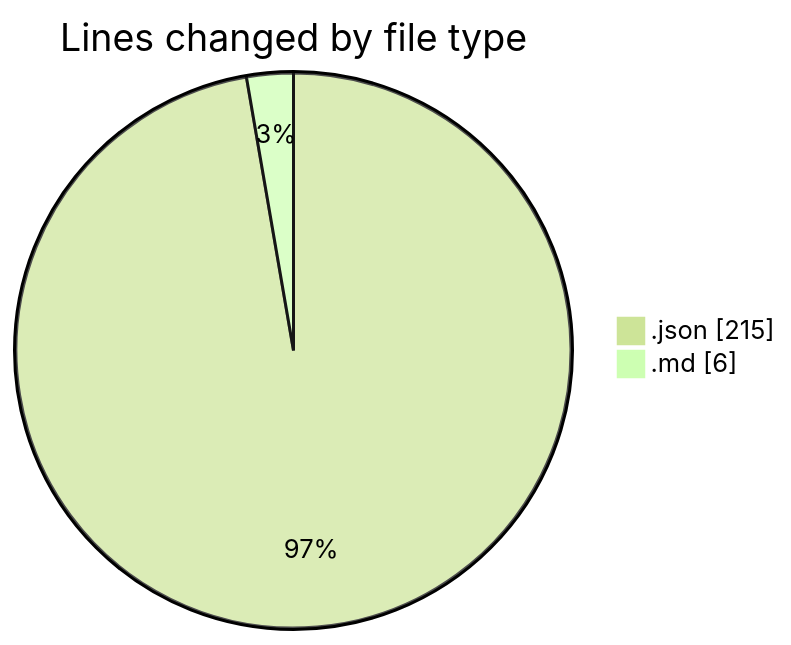
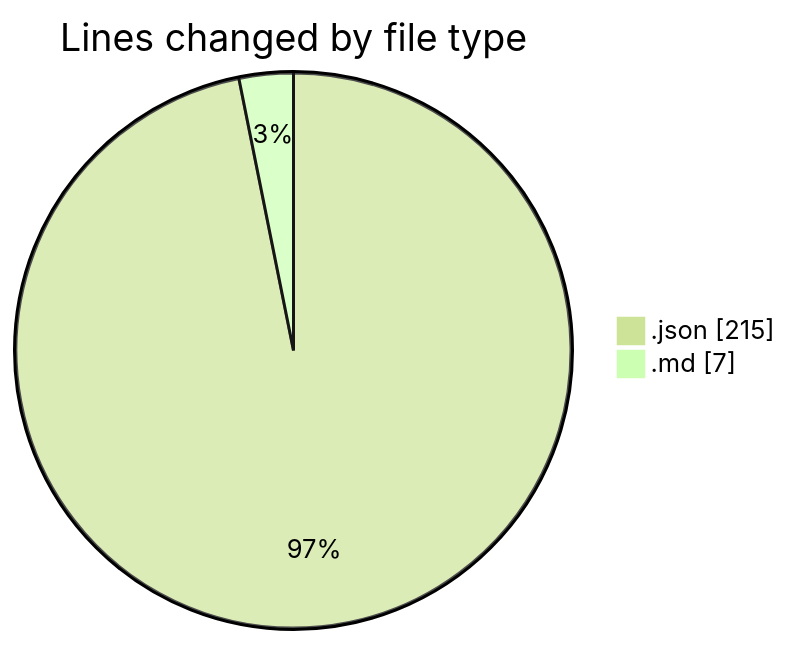
The first of 2 diagrams in 2025-07-10/urlwebwala_intership_work/README.md (Ritupan-Deka/code-tracking), drawn with Mermaid (forest theme) before and after one commit. The commit also changed other lines of this file and 1 other file, not shown here.

````diff
--- a/2025-07-10/urlwebwala_intership_work/README.md
+++ b/2025-07-10/urlwebwala_intership_work/README.md
@@ -21,6 +21,6 @@
 ```mermaid
 pie showData
 title Lines changed by file type
 ".json" : 215
-".md" : 6
+".md" : 7
 ```
````
